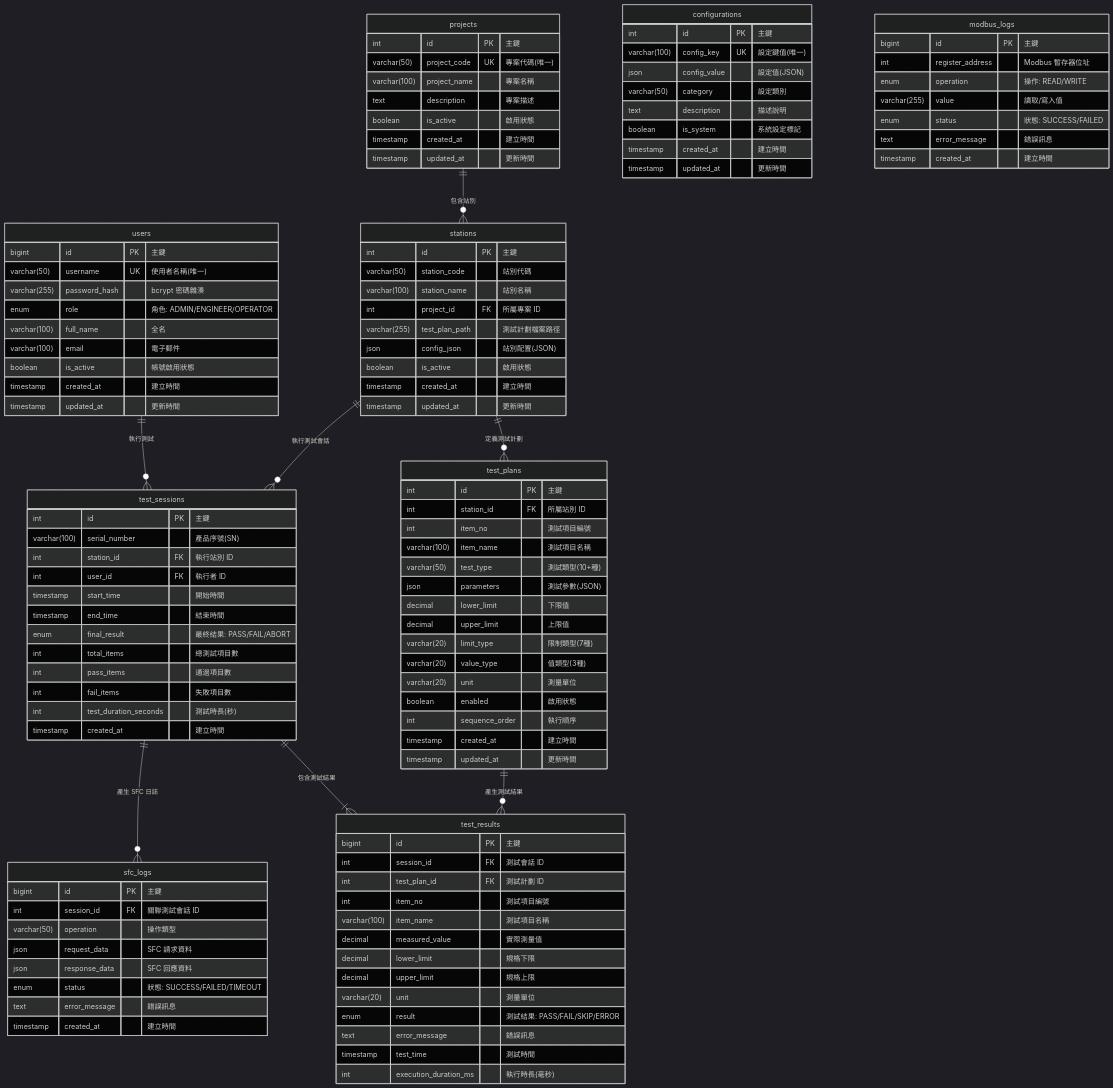
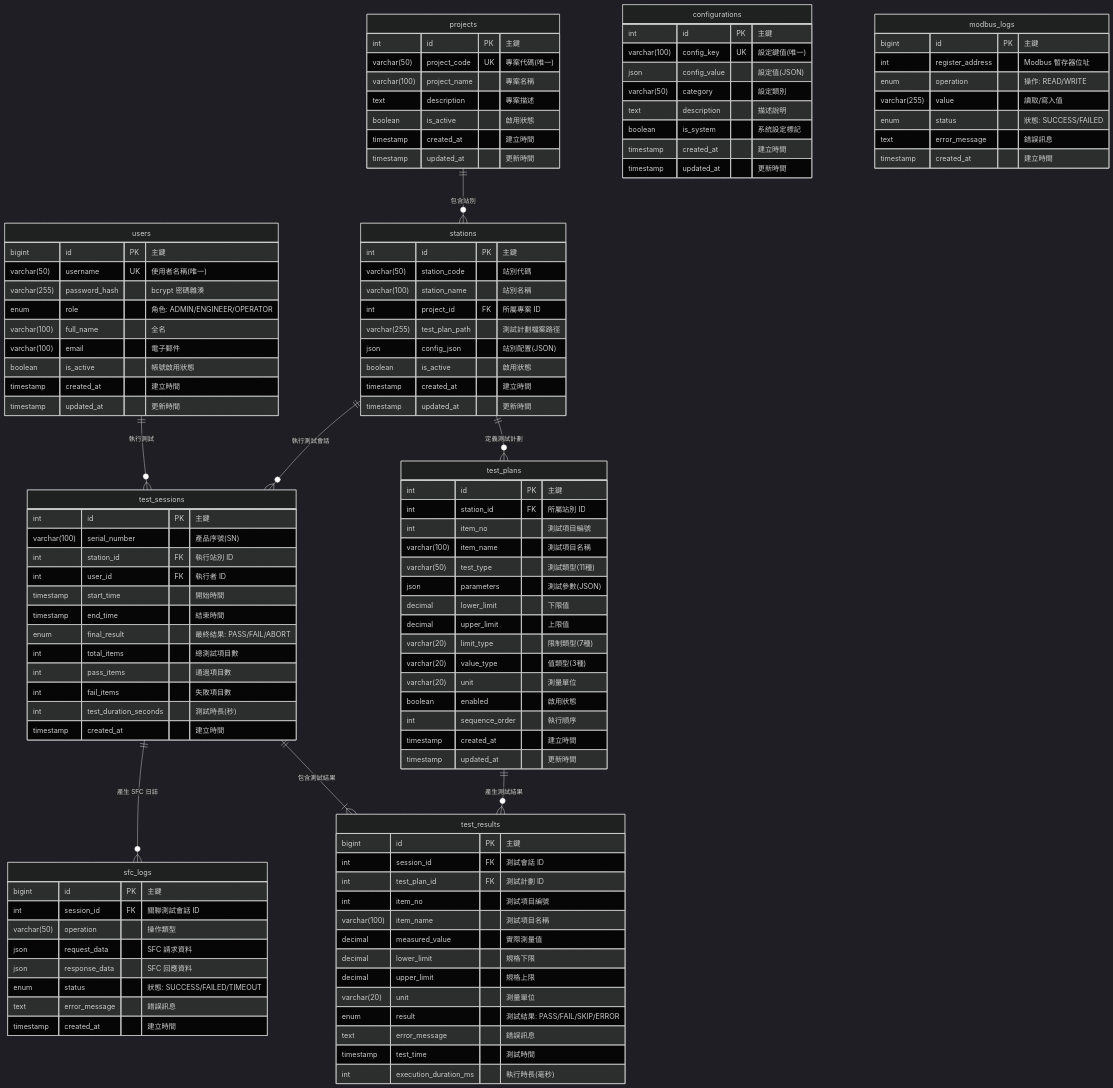
Before and after one commit to sprigga/WebPDTool: the fourth of 4 diagrams in README.md, drawn with Mermaid (dark theme). The commit also changed other lines of this file, not shown here.

```diff
--- a/README.md
+++ b/README.md
@@ -494,7 +498,7 @@
         int station_id FK "所屬站別 ID"
         int item_no "測試項目編號"
         varchar(100) item_name "測試項目名稱"
-        varchar(50) test_type "測試類型(10+種)"
+        varchar(50) test_type "測試類型(11種)"
         json parameters "測試參數(JSON)"
         decimal lower_limit "下限值"
         decimal upper_limit "上限值"
```
